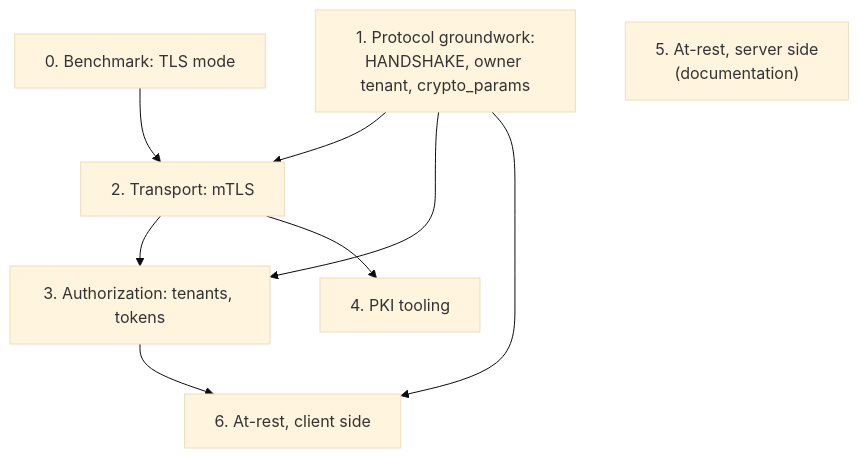
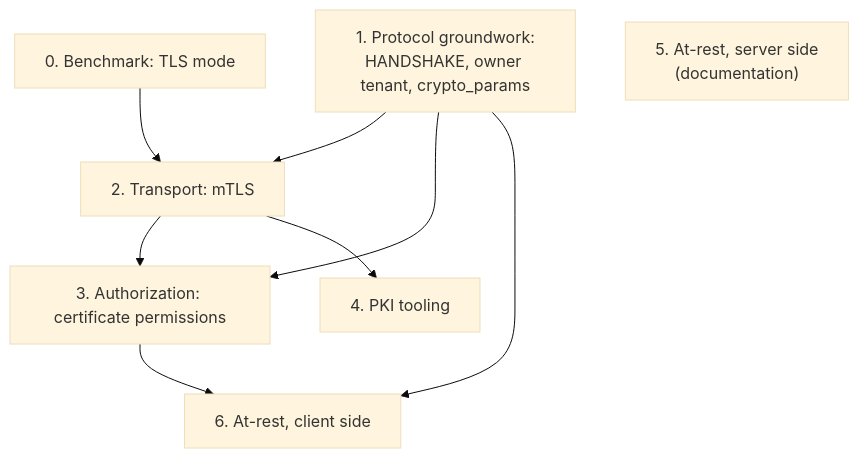
The third of 3 diagrams in docs/security.md (rawstor/librawstor), drawn with Mermaid (base theme) before and after one commit. The commit also changed other lines of this file and 44 other files, not shown here.

First line of the commit message:
add(security): authorize tenant access with certificate permissions (#761)

````diff
--- a/docs/security.md
+++ b/docs/security.md
@@ -777,11 +736,11 @@
 ```mermaid
 flowchart TD
     s0["0. Benchmark: TLS mode"] --> s2
     s1["1. Protocol groundwork:<br/>HANDSHAKE, owner tenant, crypto_params"] --> s2["2. Transport: mTLS"]
     s1 --> s3
-    s2 --> s3["3. Authorization: tenants, tokens"]
+    s2 --> s3["3. Authorization: certificate permissions"]
     s2 --> s4["4. PKI tooling"]
     s1 --> s6
     s3 --> s6["6. At-rest, client side"]
     s5["5. At-rest, server side<br/>(documentation)"]
 ```
````
